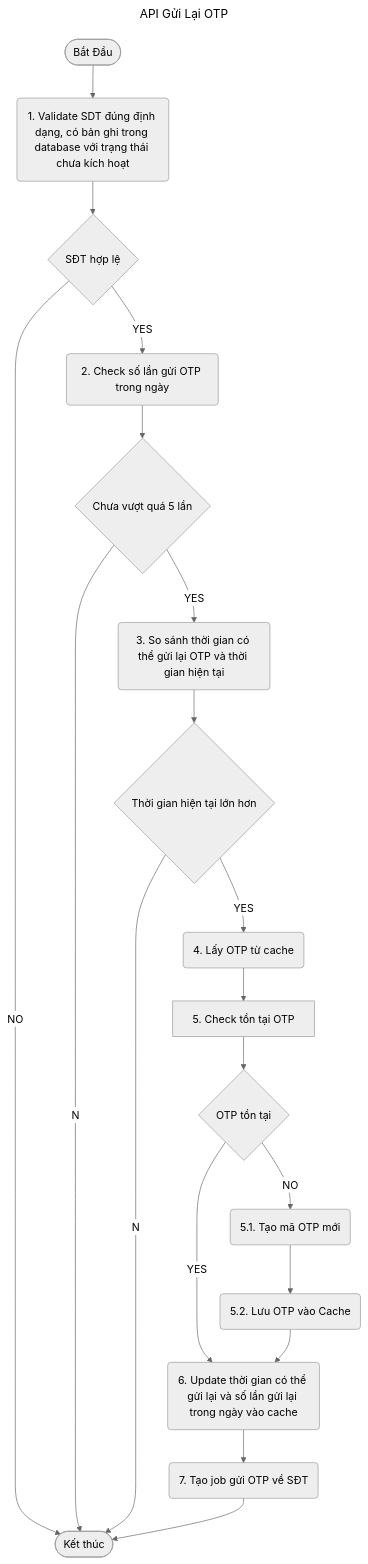
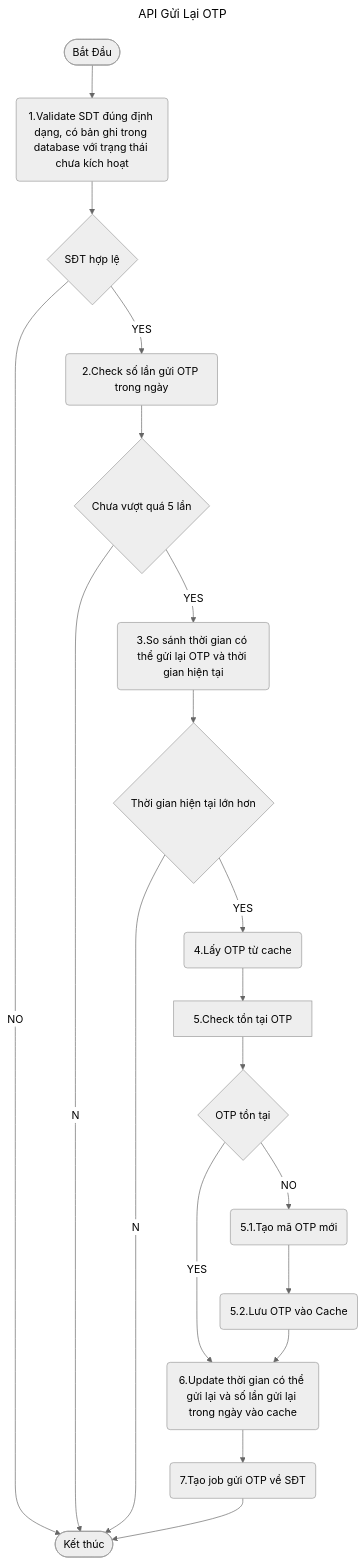
The sixth of 8 diagrams in readme.md (hoanglam995/spring-tutorial), drawn with Mermaid (neutral theme) before and after one commit. The commit also changed other lines of this file, not shown here.

````diff
--- a/readme.md
+++ b/readme.md
@@ -317,18 +317,18 @@
 ```mermaid
 ---
 title: API Gửi Lại OTP
 ---
 flowchart
-    START([Bắt Đầu])-->1(1. Validate SDT đúng định dạng, có bản ghi trong database với trạng thái chưa kích hoạt)-->C1{SĐT hợp lệ}
+    START([Bắt Đầu])-->1(1.Validate SDT đúng định dạng, có bản ghi trong database với trạng thái chưa kích hoạt)-->C1{SĐT hợp lệ}
     C1--NO-->END([Kết thúc])
-    C1--YES-->2(2. Check số lần gửi OTP trong ngày)-->C2{Chưa vượt quá 5 lần}
+    C1--YES-->2(2.Check số lần gửi OTP trong ngày)-->C2{Chưa vượt quá 5 lần}
     C2--No-->END([Kết thúc])
-    C2--YES-->3(3. So sánh thời gian có thể gửi lại OTP và thời gian hiện tại)-->C3{Thời gian hiện tại lớn hơn}
+    C2--YES-->3(3.So sánh thời gian có thể gửi lại OTP và thời gian hiện tại)-->C3{Thời gian hiện tại lớn hơn}
     C3--No-->END([Kết thúc])
-    C3--YES-->4(4. Lấy OTP từ cache)-->5[5. Check tồn tại OTP]-->C4{OTP tồn tại}
-    C4--NO-->5.1(5.1. Tạo mã OTP mới)
-    5.1-->5.2(5.2. Lưu OTP vào Cache)
-    C4--YES-->6(6. Update thời gian có thể gửi lại và số lần gửi lại trong ngày vào cache)
+    C3--YES-->4(4.Lấy OTP từ cache)-->5[5.Check tồn tại OTP]-->C4{OTP tồn tại}
+    C4--NO-->5.1(5.1.Tạo mã OTP mới)
+    5.1-->5.2(5.2.Lưu OTP vào Cache)
+    C4--YES-->6(6.Update thời gian có thể gửi lại và số lần gửi lại trong ngày vào cache)
     5.2-->6
-    6-->7(7. Tạo job gửi OTP về SĐT)-->END
+    6-->7(7.Tạo job gửi OTP về SĐT)-->END
 ```
````
